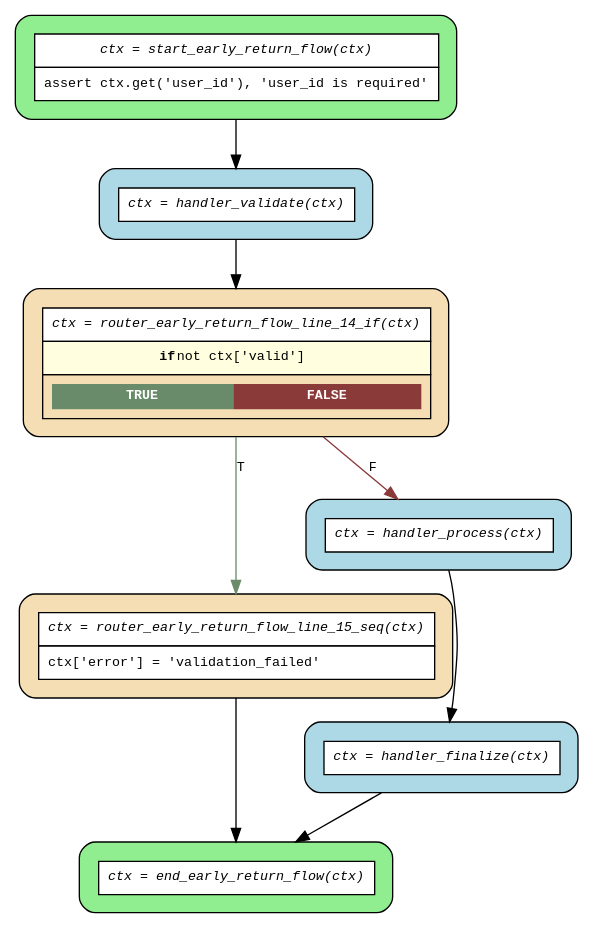
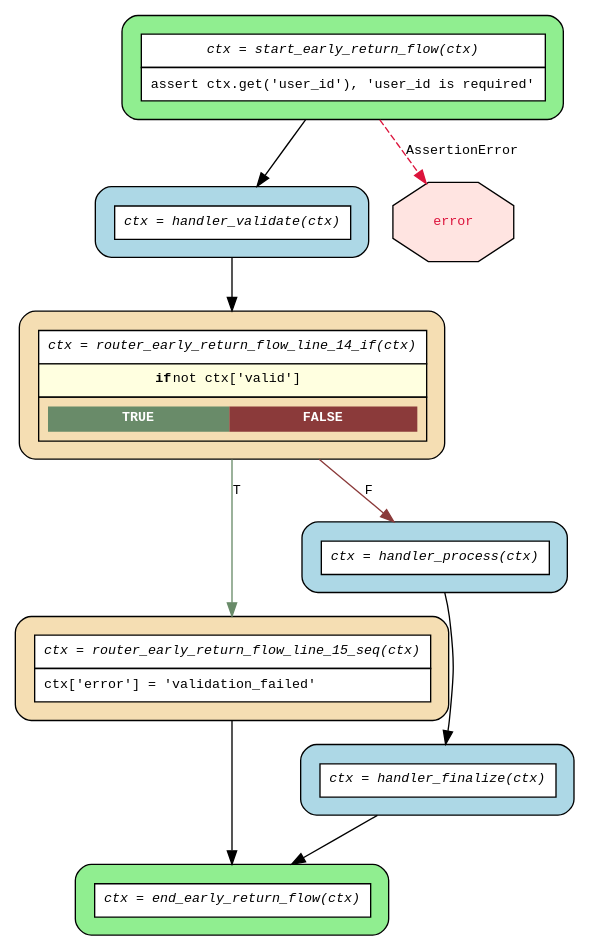
One commit to deliveryhero/asya changed the diagram in examples/flows/compiled/if_with_early_return/flow.dot. Above: the diagram before and after it, drawn with Graphviz. The commit also changed 5 other files, not shown here.

First line of the commit message:
feat(flow): add AssertionError edge from assert boxes to error state in DOT

```diff
--- a/examples/flows/compiled/if_with_early_return/flow.dot
+++ b/examples/flows/compiled/if_with_early_return/flow.dot
@@ -1,22 +1,24 @@
 digraph flow {
   rankdir=TB;
   graph [fontname="Courier", fontsize=10];
   node [fontname="Courier", fontsize=10, shape=box, style="filled,rounded", margin="0.2"];
   edge [fontname="Courier", fontsize=10];
 
   start_early_return_flow [fillcolor="lightgreen", group="main", label=<<table border="0" cellspacing="0" cellpadding="6" cellborder="1"><tr><td bgcolor="white" align="center"><i>ctx = start_early_return_flow(ctx)</i></td></tr><tr><td bgcolor="white" align="left">assert ctx.get('user_id'), 'user_id is required'</td></tr></table>>];
   router_early_return_flow_line_15_seq [fillcolor="wheat", group="main", label=<<table border="0" cellspacing="0" cellpadding="6" cellborder="1"><tr><td bgcolor="white" align="center"><i>ctx = router_early_return_flow_line_15_seq(ctx)</i></td></tr><tr><td bgcolor="white" align="left">ctx['error'] = 'validation_failed'</td></tr></table>>];
   router_early_return_flow_line_14_if [fillcolor="wheat", group="main", label=<<table border="0" cellspacing="0" cellpadding="6" cellborder="1"><tr><td bgcolor="white" align="center"><i>ctx = router_early_return_flow_line_14_if(ctx)</i></td></tr><tr><td bgcolor="lightyellow"><b>if</b> not ctx['valid']</td></tr><tr><td><table border="0" cellspacing="0" cellpadding="4"><tr><td bgcolor="darkseagreen4"><font color="white"><b>TRUE</b></font></td><td bgcolor="indianred4"><font color="white"><b>FALSE</b></font></td></tr></table></td></tr></table>>];
   end_early_return_flow [fillcolor="lightgreen", group="main", label=<<table border="0" cellspacing="0" cellpadding="6" cellborder="1"><tr><td bgcolor="white" align="center"><i>ctx = end_early_return_flow(ctx)</i></td></tr></table>>];
   handler_finalize [fillcolor="lightblue", label=<<table border="0" cellspacing="0" cellpadding="6" cellborder="1"><tr><td bgcolor="white" align="center"><i>ctx = handler_finalize(ctx)</i></td></tr></table>>];
   handler_process [fillcolor="lightblue", label=<<table border="0" cellspacing="0" cellpadding="6" cellborder="1"><tr><td bgcolor="white" align="center"><i>ctx = handler_process(ctx)</i></td></tr></table>>];
   handler_validate [fillcolor="lightblue", label=<<table border="0" cellspacing="0" cellpadding="6" cellborder="1"><tr><td bgcolor="white" align="center"><i>ctx = handler_validate(ctx)</i></td></tr></table>>];
+  assert_error [shape=octagon, fillcolor="mistyrose", fontcolor="crimson", style=filled, label="error"];
 
   handler_finalize -> end_early_return_flow;
   handler_process -> handler_finalize;
   handler_validate -> router_early_return_flow_line_14_if;
   router_early_return_flow_line_14_if -> handler_process [label="F", color=indianred4];
   router_early_return_flow_line_14_if -> router_early_return_flow_line_15_seq [label="T", color=darkseagreen4];
   router_early_return_flow_line_15_seq -> end_early_return_flow;
+  start_early_return_flow -> assert_error [color=crimson, style=dashed, label="AssertionError"];
   start_early_return_flow -> handler_validate;
 }
```
